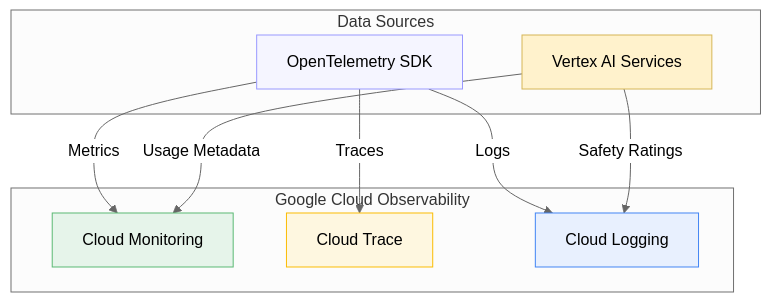
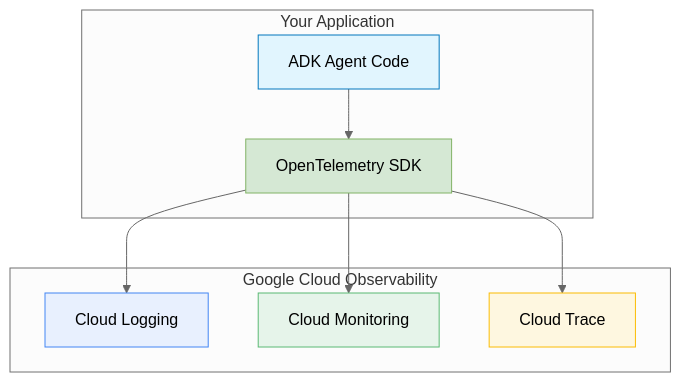
The third of 4 diagrams in 31_observability_llm_adk_vertex.md (raphaelmansuy/tutorials), drawn with Mermaid (neutral theme) before and after one commit. The commit also changed other lines of this file and 1 other file, not shown here.

Commit message:
Delete the comprehensive guide on Vertex AI & Agent Engine Observability, including all sections on implementation, prerequisites, and advanced observability techniques.

````diff
--- a/31_observability_llm_adk_vertex.md
+++ b/31_observability_llm_adk_vertex.md
@@ -536,28 +847,24 @@
 ```mermaid
 flowchart TB
-    subgraph "Data Sources"
-        OTEL[OpenTelemetry SDK]
-        VERTEX[Vertex AI Services]
+    subgraph "Your Application"
+        ADK[ADK Agent Code]
+        OTEL_SDK[OpenTelemetry SDK]
     end
 
     subgraph "Google Cloud Observability"
+        CL[Cloud Logging]
         CM[Cloud Monitoring]
         CT[Cloud Trace]
-        CL[Cloud Logging]
     end
 
-    %% OpenTelemetry exports
-    OTEL -->|Metrics| CM
-    OTEL -->|Traces| CT
-    OTEL -->|Logs| CL
+    ADK --> OTEL_SDK
+    OTEL_SDK --> CL
+    OTEL_SDK --> CM
+    OTEL_SDK --> CT
 
-    %% Native Vertex AI telemetry
-    VERTEX -->|Usage Metadata| CM
-    VERTEX -->|Safety Ratings| CL
-
-    style OTEL fill:#f5f5ff,stroke:#9999ff
-    style VERTEX fill:#fff2cc,stroke:#d6b656
+    style ADK fill:#e1f5fe,stroke:#0277bd
+    style OTEL_SDK fill:#d5e8d4,stroke:#82b366
+    style CL fill:#e8f0fe,stroke:#4285f4
     style CM fill:#e6f4ea,stroke:#5bb974
     style CT fill:#fef7e0,stroke:#fbbc04
-    style CL fill:#e8f0fe,stroke:#4285f4
 ```
````
